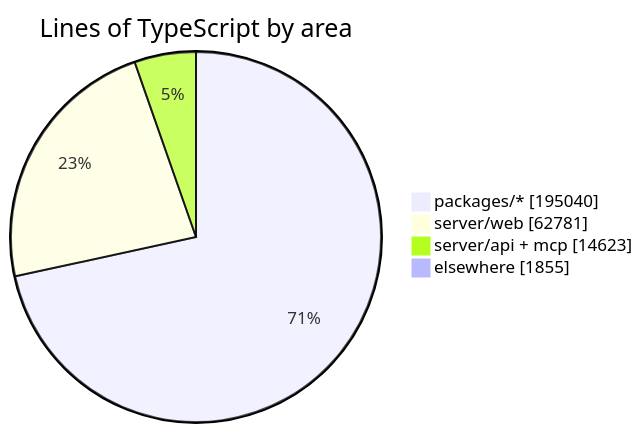
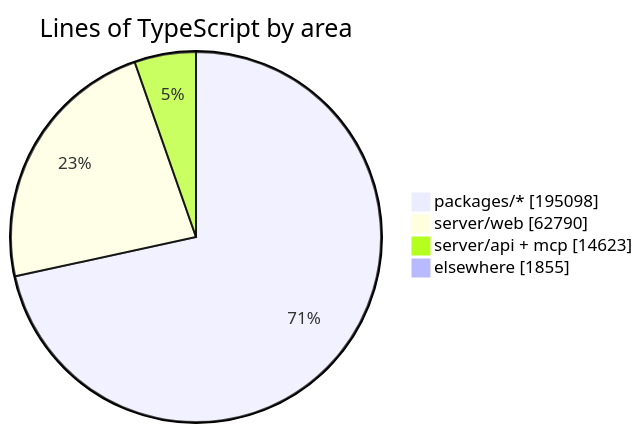
One commit to crossworks-engineering/mantle changed the diagram in README.md. Above: the diagram before and after it, drawn with Mermaid. The commit also changed other lines of this file and 2 other files, not shown here.

````diff
--- a/README.md
+++ b/README.md
@@ -287,7 +287,7 @@
 ```mermaid
 pie showData title Lines of TypeScript by area
-    "packages/*" : 195040
-    "server/web" : 62781
+    "packages/*" : 195098
+    "server/web" : 62790
     "server/api + mcp" : 14623
     "elsewhere" : 1855
 ```
````
